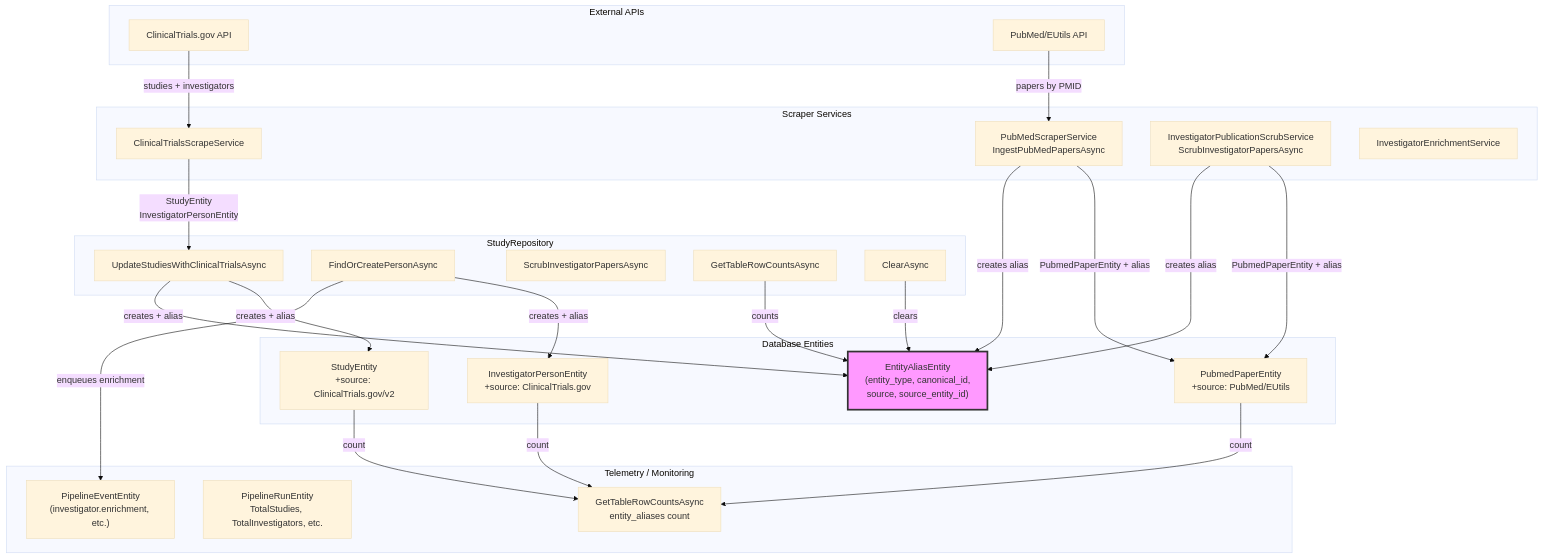
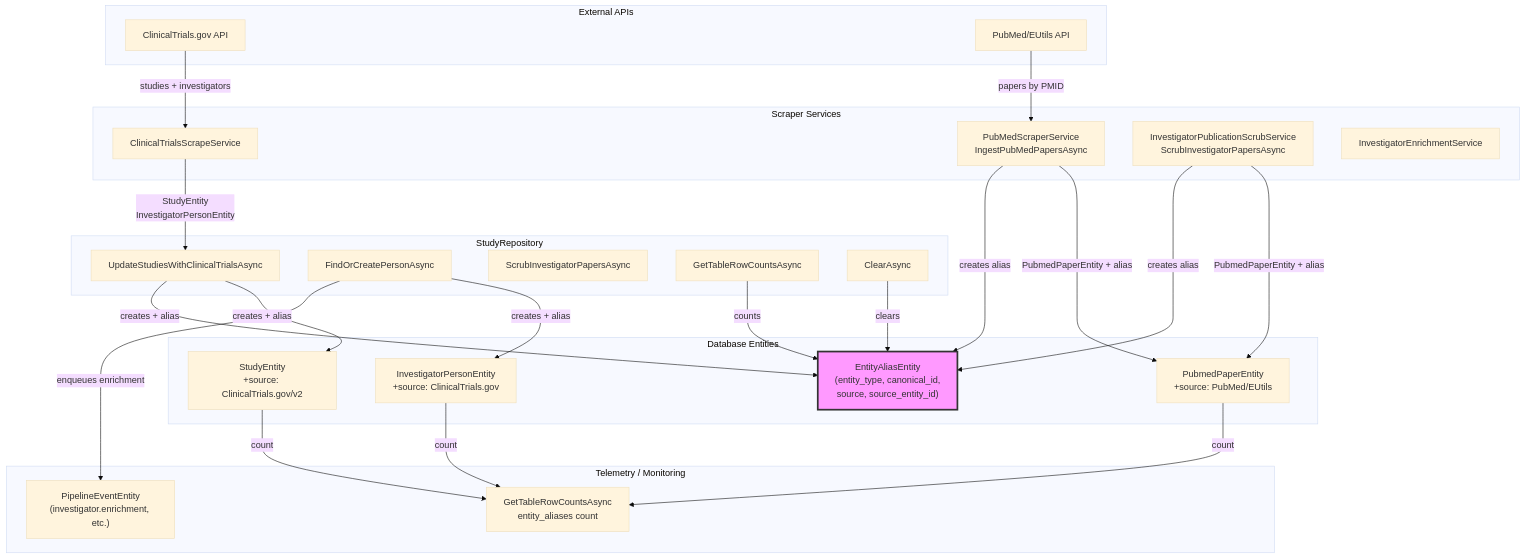
Before and after one commit to rakirs2/ClinAxis: the diagram in docs/diagrams/entity-provenance.mmd, drawn with Mermaid (base theme). The commit also changed 36 other files, not shown here.

```diff
--- a/docs/diagrams/entity-provenance.mmd
+++ b/docs/diagrams/entity-provenance.mmd
@@ -1,57 +1,56 @@
 graph TB
     subgraph External_APIs["External APIs"]
         CT["ClinicalTrials.gov API"]
         PM["PubMed/EUtils API"]
     end
 
     subgraph Services["Scraper Services"]
         CTS["ClinicalTrialsScrapeService"]
         PMS["PubMedScraperService<br/>IngestPubMedPapersAsync"]
         IPS["InvestigatorPublicationScrubService<br/>ScrubInvestigatorPapersAsync"]
         IES["InvestigatorEnrichmentService"]
     end
 
     subgraph Repository["StudyRepository"]
         UPS["UpdateStudiesWithClinicalTrialsAsync"]
         FOP["FindOrCreatePersonAsync"]
         SRC["ScrubInvestigatorPapersAsync"]
         GT["GetTableRowCountsAsync"]
         CLR["ClearAsync"]
     end
 
     subgraph Entities["Database Entities"]
         SE["StudyEntity<br/>+source: ClinicalTrials.gov/v2"]
         PE["PubmedPaperEntity<br/>+source: PubMed/EUtils"]
         IE["InvestigatorPersonEntity<br/>+source: ClinicalTrials.gov"]
         AE["EntityAliasEntity<br/>(entity_type, canonical_id,<br/>source, source_entity_id)"]
     end
 
     subgraph Telemetry["Telemetry / Monitoring"]
         PEV["PipelineEventEntity<br/>(investigator.enrichment, etc.)"]
-        PR["PipelineRunEntity<br/>TotalStudies, TotalInvestigators, etc."]
         TRC["GetTableRowCountsAsync<br/>entity_aliases count"]
     end
 
     CT -->|studies + investigators| CTS
     CTS -->|StudyEntity<br/>InvestigatorPersonEntity| UPS
     UPS -->|creates + alias| SE
     UPS -->|creates + alias| AE
 
     PM -->|papers by PMID| PMS
     PMS -->|PubmedPaperEntity + alias| PE
     PMS -->|creates alias| AE
 
     IPS -->|PubmedPaperEntity + alias| PE
     IPS -->|creates alias| AE
 
     FOP -->|creates + alias| IE
     FOP -->|enqueues enrichment| PEV
 
     GT -->|counts| AE
     CLR -->|clears| AE
 
     SE -->|count| TRC
     PE -->|count| TRC
     IE -->|count| TRC
 
     style AE fill:#f9f,stroke:#333,stroke-width:3px
```
